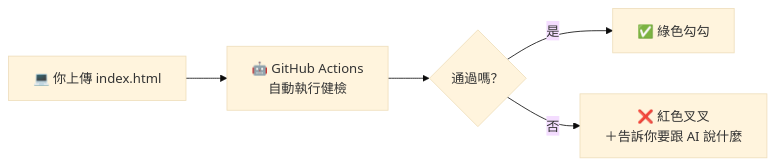
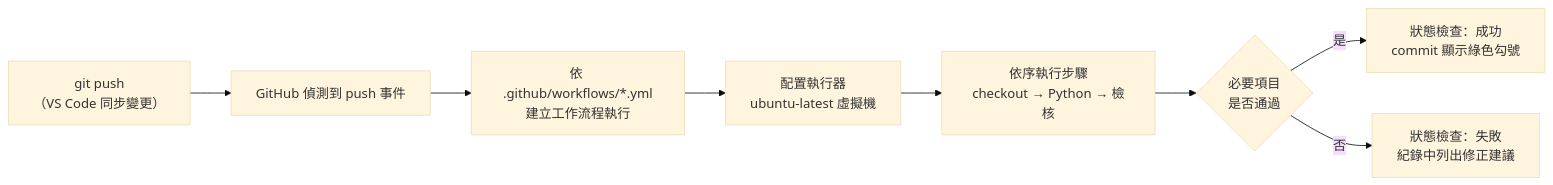
Before and after one commit to cychiang-ntpu/VibeNTPU: the diagram in docs/tutorials/vibe_check_ci.md, drawn with Mermaid (base theme). The commit also changed other lines of this file and 43 other files, not shown here.

````diff
--- a/docs/tutorials/vibe_check_ci.md
+++ b/docs/tutorials/vibe_check_ci.md
@@ -16,7 +43,10 @@
 ```mermaid
 flowchart LR
-    A["💻 你上傳 index.html"] --> B["🤖 GitHub Actions<br/>自動執行健檢"]
-    B --> C{"通過嗎？"}
-    C -- 是 --> D["✅ 綠色勾勾"]
-    C -- 否 --> E["❌ 紅色叉叉<br/>＋告訴你要跟 AI 說什麼"]
+    A["git push<br/>（VS Code 同步變更）"] --> B["GitHub 偵測到 push 事件"]
+    B --> C["依 .github/workflows/*.yml<br/>建立工作流程執行"]
+    C --> D["配置執行器<br/>ubuntu-latest 虛擬機"]
+    D --> E["依序執行步驟<br/>checkout → Python → 檢核"]
+    E --> F{"必要項目<br/>是否通過"}
+    F -- "是" --> G["狀態檢查：成功<br/>commit 顯示綠色勾號"]
+    F -- "否" --> H["狀態檢查：失敗<br/>紀錄中列出修正建議"]
 ```
````
